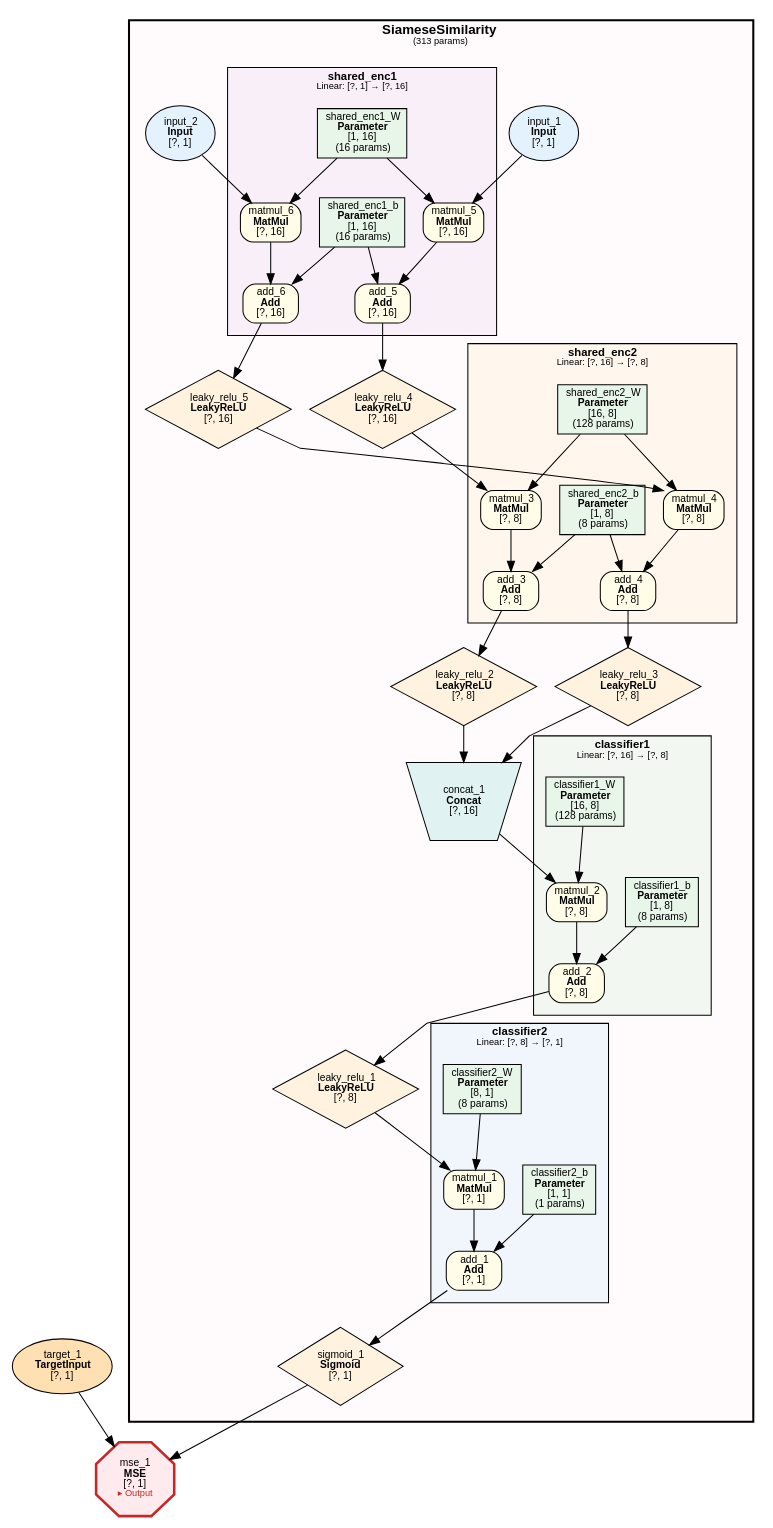
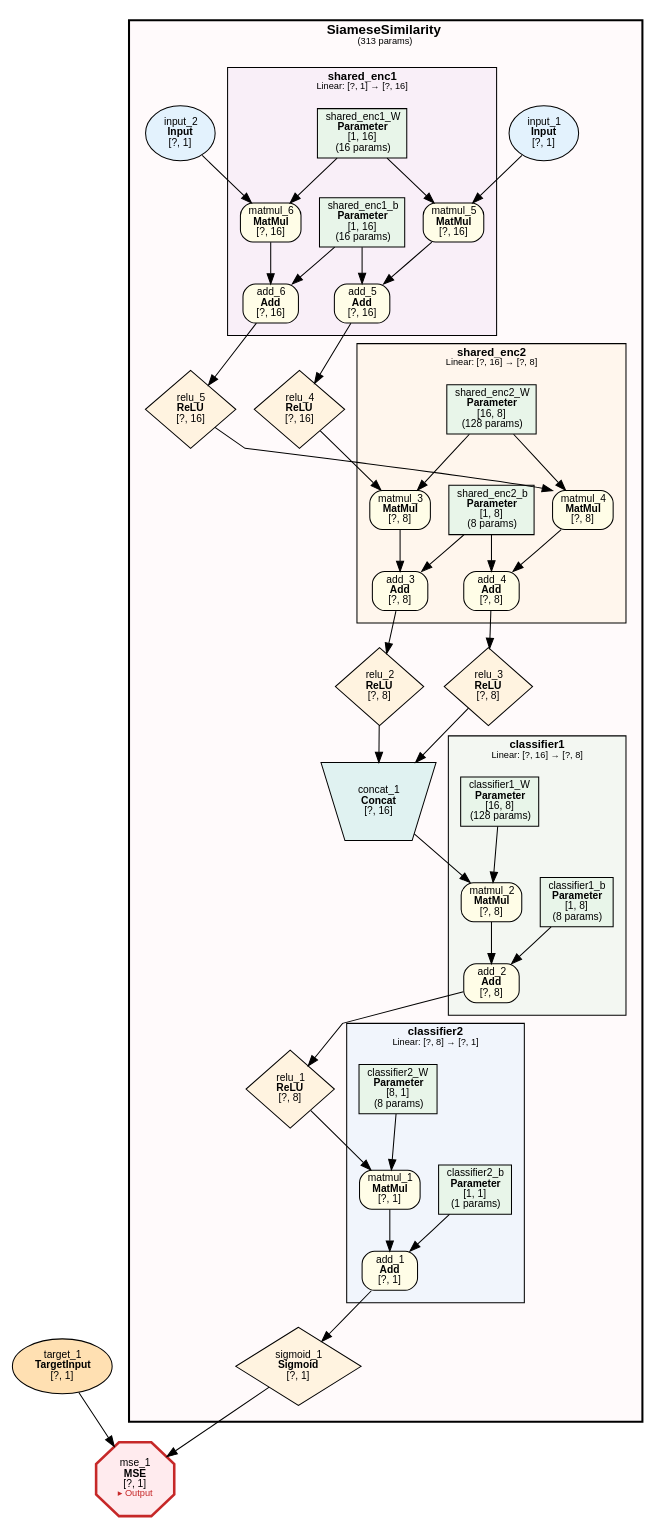
One commit to dbsxdbsx/only_torch changed the diagram in examples/siamese_similarity/siamese_similarity.dot. Above: the diagram before and after it, drawn with Graphviz. The commit also changed 9 other files, not shown here.

First line of the commit message:
refactor: replace LeakyReLU with ReLU in compute graph representations

```diff
--- a/examples/siamese_similarity/siamese_similarity.dot
+++ b/examples/siamese_similarity/siamese_similarity.dot
@@ -1,120 +1,120 @@
 digraph ComputeGraph {
     rankdir=TB;
     newrank=true;
     splines=polyline;
     node [fontname="Microsoft YaHei,SimHei,Arial"];
     edge [fontname="Microsoft YaHei,SimHei,Arial"];
 
     subgraph cluster_model_SiameseSimilarity {
         label=<<B>SiameseSimilarity</B><BR/><FONT POINT-SIZE="9">(313 params)</FONT>>;
         style="filled,bold";
         fillcolor="#FFEBEE40";
         fontname="Microsoft YaHei,SimHei,Arial";
         fontsize=13;
         margin=16;
 
         subgraph cluster_SiameseSimilarity_classifier2 {
             label=<<B>classifier2</B><BR/><FONT POINT-SIZE="9">Linear: [?, 8] → [?, 1]</FONT>>;
             style=filled;
             fillcolor="#E3F2FD80";
             fontname="Microsoft YaHei,SimHei,Arial";
             fontsize=11;
             margin=12;
                 "4" [label=<add_1<BR/><B>Add</B><BR/>[?, 1]> shape=box style="filled,rounded" fillcolor="#FFFDE7" fontsize=10];
                 "5" [label=<matmul_1<BR/><B>MatMul</B><BR/>[?, 1]> shape=box style="filled,rounded" fillcolor="#FFFDE7" fontsize=10];
                 "6" [label=<classifier2_b<BR/><B>Parameter</B><BR/>[1, 1]<BR/>(1 params)> shape=box style=filled fillcolor="#E8F5E9" fontsize=10];
                 "8" [label=<classifier2_W<BR/><B>Parameter</B><BR/>[8, 1]<BR/>(8 params)> shape=box style=filled fillcolor="#E8F5E9" fontsize=10];
         }
 
         subgraph cluster_SiameseSimilarity_classifier1 {
             label=<<B>classifier1</B><BR/><FONT POINT-SIZE="9">Linear: [?, 16] → [?, 8]</FONT>>;
             style=filled;
             fillcolor="#E8F5E980";
             fontname="Microsoft YaHei,SimHei,Arial";
             fontsize=11;
             margin=12;
                 "9" [label=<add_2<BR/><B>Add</B><BR/>[?, 8]> shape=box style="filled,rounded" fillcolor="#FFFDE7" fontsize=10];
                 "10" [label=<matmul_2<BR/><B>MatMul</B><BR/>[?, 8]> shape=box style="filled,rounded" fillcolor="#FFFDE7" fontsize=10];
                 "11" [label=<classifier1_b<BR/><B>Parameter</B><BR/>[1, 8]<BR/>(8 params)> shape=box style=filled fillcolor="#E8F5E9" fontsize=10];
                 "13" [label=<classifier1_W<BR/><B>Parameter</B><BR/>[16, 8]<BR/>(128 params)> shape=box style=filled fillcolor="#E8F5E9" fontsize=10];
         }
 
         subgraph cluster_SiameseSimilarity_shared_enc2 {
             label=<<B>shared_enc2</B><BR/><FONT POINT-SIZE="9">Linear: [?, 16] → [?, 8]</FONT>>;
             style=filled;
             fillcolor="#FFF3E080";
             fontname="Microsoft YaHei,SimHei,Arial";
             fontsize=11;
             margin=12;
                 "16" [label=<add_3<BR/><B>Add</B><BR/>[?, 8]> shape=box style="filled,rounded" fillcolor="#FFFDE7" fontsize=10];
                 "17" [label=<add_4<BR/><B>Add</B><BR/>[?, 8]> shape=box style="filled,rounded" fillcolor="#FFFDE7" fontsize=10];
                 "18" [label=<matmul_3<BR/><B>MatMul</B><BR/>[?, 8]> shape=box style="filled,rounded" fillcolor="#FFFDE7" fontsize=10];
                 "19" [label=<shared_enc2_b<BR/><B>Parameter</B><BR/>[1, 8]<BR/>(8 params)> shape=box style=filled fillcolor="#E8F5E9" fontsize=10];
                 "20" [label=<matmul_4<BR/><B>MatMul</B><BR/>[?, 8]> shape=box style="filled,rounded" fillcolor="#FFFDE7" fontsize=10];
                 "22" [label=<shared_enc2_W<BR/><B>Parameter</B><BR/>[16, 8]<BR/>(128 params)> shape=box style=filled fillcolor="#E8F5E9" fontsize=10];
         }
 
         subgraph cluster_SiameseSimilarity_shared_enc1 {
             label=<<B>shared_enc1</B><BR/><FONT POINT-SIZE="9">Linear: [?, 1] → [?, 16]</FONT>>;
             style=filled;
             fillcolor="#F3E5F580";
             fontname="Microsoft YaHei,SimHei,Arial";
             fontsize=11;
             margin=12;
                 "24" [label=<add_5<BR/><B>Add</B><BR/>[?, 16]> shape=box style="filled,rounded" fillcolor="#FFFDE7" fontsize=10];
                 "25" [label=<add_6<BR/><B>Add</B><BR/>[?, 16]> shape=box style="filled,rounded" fillcolor="#FFFDE7" fontsize=10];
                 "26" [label=<matmul_5<BR/><B>MatMul</B><BR/>[?, 16]> shape=box style="filled,rounded" fillcolor="#FFFDE7" fontsize=10];
                 "27" [label=<shared_enc1_b<BR/><B>Parameter</B><BR/>[1, 16]<BR/>(16 params)> shape=box style=filled fillcolor="#E8F5E9" fontsize=10];
                 "28" [label=<matmul_6<BR/><B>MatMul</B><BR/>[?, 16]> shape=box style="filled,rounded" fillcolor="#FFFDE7" fontsize=10];
                 "30" [label=<shared_enc1_W<BR/><B>Parameter</B><BR/>[1, 16]<BR/>(16 params)> shape=box style=filled fillcolor="#E8F5E9" fontsize=10];
         }
 
         "2" [label=<sigmoid_1<BR/><B>Sigmoid</B><BR/>[?, 1]> shape=diamond style=filled fillcolor="#FFF3E0" fontsize=10];
-        "7" [label=<leaky_relu_1<BR/><B>LeakyReLU</B><BR/>[?, 8]> shape=diamond style=filled fillcolor="#FFF3E0" fontsize=10];
+        "7" [label=<relu_1<BR/><B>ReLU</B><BR/>[?, 8]> shape=diamond style=filled fillcolor="#FFF3E0" fontsize=10];
         "12" [label=<concat_1<BR/><B>Concat</B><BR/>[?, 16]> shape=invtrapezium style=filled fillcolor="#E0F2F1" fontsize=10];
-        "14" [label=<leaky_relu_2<BR/><B>LeakyReLU</B><BR/>[?, 8]> shape=diamond style=filled fillcolor="#FFF3E0" fontsize=10];
-        "15" [label=<leaky_relu_3<BR/><B>LeakyReLU</B><BR/>[?, 8]> shape=diamond style=filled fillcolor="#FFF3E0" fontsize=10];
-        "21" [label=<leaky_relu_4<BR/><B>LeakyReLU</B><BR/>[?, 16]> shape=diamond style=filled fillcolor="#FFF3E0" fontsize=10];
-        "23" [label=<leaky_relu_5<BR/><B>LeakyReLU</B><BR/>[?, 16]> shape=diamond style=filled fillcolor="#FFF3E0" fontsize=10];
+        "14" [label=<relu_2<BR/><B>ReLU</B><BR/>[?, 8]> shape=diamond style=filled fillcolor="#FFF3E0" fontsize=10];
+        "15" [label=<relu_3<BR/><B>ReLU</B><BR/>[?, 8]> shape=diamond style=filled fillcolor="#FFF3E0" fontsize=10];
+        "21" [label=<relu_4<BR/><B>ReLU</B><BR/>[?, 16]> shape=diamond style=filled fillcolor="#FFF3E0" fontsize=10];
+        "23" [label=<relu_5<BR/><B>ReLU</B><BR/>[?, 16]> shape=diamond style=filled fillcolor="#FFF3E0" fontsize=10];
         "29" [label=<input_1<BR/><B>Input</B><BR/>[?, 1]> shape=ellipse style=filled fillcolor="#E3F2FD" fontsize=10];
         "31" [label=<input_2<BR/><B>Input</B><BR/>[?, 1]> shape=ellipse style=filled fillcolor="#E3F2FD" fontsize=10];
     }
 
     "1" [label=<mse_1<BR/><B>MSE</B><BR/>[?, 1]<BR/><FONT COLOR="#C62828" POINT-SIZE="9">▸ Output</FONT>> shape=octagon style=filled fillcolor="#FFEBEE" fontsize=10 penwidth=2.5 color="#C62828"];
     "3" [label=<target_1<BR/><B>TargetInput</B><BR/>[?, 1]> shape=ellipse style=filled fillcolor="#FFE0B2" fontsize=10];
 
     "2" -> "1";
     "3" -> "1";
     "4" -> "2";
     "5" -> "4";
     "6" -> "4";
     "7" -> "5";
     "8" -> "5";
     "9" -> "7";
     "10" -> "9";
     "11" -> "9";
     "12" -> "10";
     "13" -> "10";
     "14" -> "12";
     "15" -> "12";
     "16" -> "14";
     "17" -> "15";
     "18" -> "16";
     "19" -> "16";
     "20" -> "17";
     "19" -> "17";
     "21" -> "18";
     "22" -> "18";
     "23" -> "20";
     "22" -> "20";
     "24" -> "21";
     "25" -> "23";
     "26" -> "24";
     "27" -> "24";
     "28" -> "25";
     "27" -> "25";
     "29" -> "26";
     "30" -> "26";
     "31" -> "28";
     "30" -> "28";
 }
```
